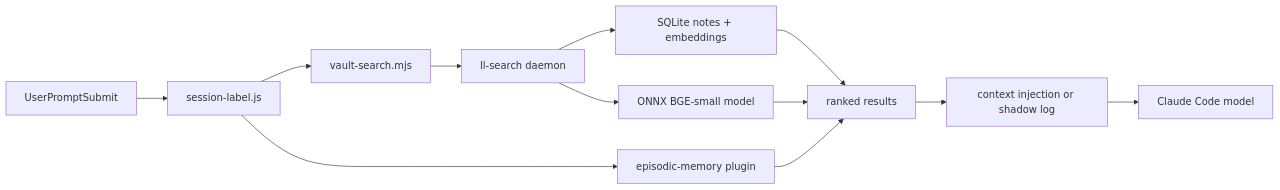
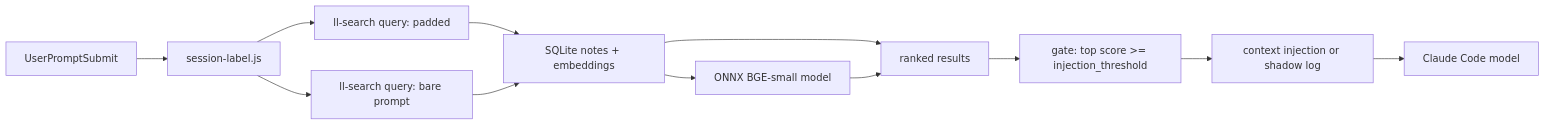
One commit to robinslange/learning-loop changed the first of 4 diagrams in ARCHITECTURE.md. Above: the diagram before and after it, drawn with Mermaid. The commit also changed other lines of this file and 18 other files, not shown here.

````diff
--- a/ARCHITECTURE.md
+++ b/ARCHITECTURE.md
@@ -93,14 +94,14 @@
 ```mermaid
 flowchart LR
   A[UserPromptSubmit] --> B[session-label.js]
-  B --> C[vault-search.mjs]
-  B --> D[episodic-memory plugin]
-  C --> E[ll-search daemon]
-  E --> F[SQLite notes + embeddings]
-  E --> G[ONNX BGE-small model]
-  F --> H[ranked results]
-  G --> H
-  D --> H
+  B --> C[ll-search query: padded]
+  B --> D[ll-search query: bare prompt]
+  C --> E[SQLite notes + embeddings]
+  D --> E
+  E --> F[ONNX BGE-small model]
+  E --> G[ranked results]
+  F --> G
+  G --> H[gate: top score >= injection_threshold]
   H --> I[context injection or shadow log]
   I --> J[Claude Code model]
 ```
````
